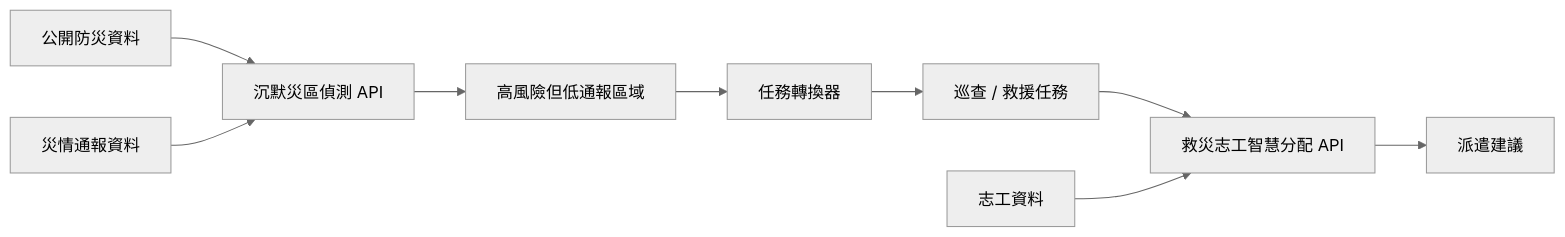
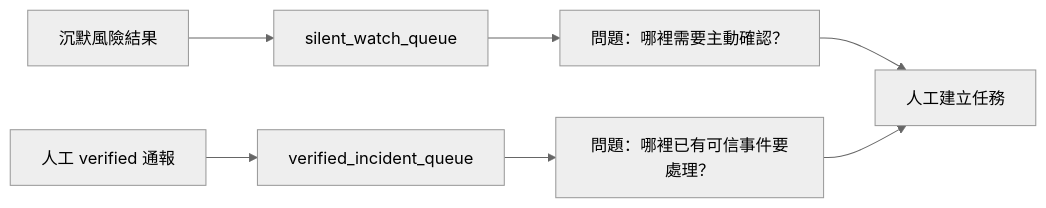
One commit to cloud-driver/disaster-resilience-components changed the third of 6 diagrams in docs/diagrams.md. Above: the diagram before and after it, drawn with Mermaid (neutral theme). The commit also changed other lines of this file and 32 other files, not shown here.

````diff
--- a/docs/diagrams.md
+++ b/docs/diagrams.md
@@ -9,11 +42,9 @@
 ```mermaid
 flowchart LR
-    A[公開防災資料] --> B[沉默災區偵測 API]
-    C[災情通報資料] --> B
-    B --> D[高風險但低通報區域]
-    D --> E[任務轉換器]
-    E --> F[巡查 / 救援任務]
-    F --> G[救災志工智慧分配 API]
-    H[志工資料] --> G
-    G --> I[派遣建議]
+  A[沉默風險結果] --> B[silent_watch_queue]
+  C[人工 verified 通報] --> D[verified_incident_queue]
+  B --> E[問題：哪裡需要主動確認？]
+  D --> F[問題：哪裡已有可信事件要處理？]
+  E --> G[人工建立任務]
+  F --> G
 ```
````
